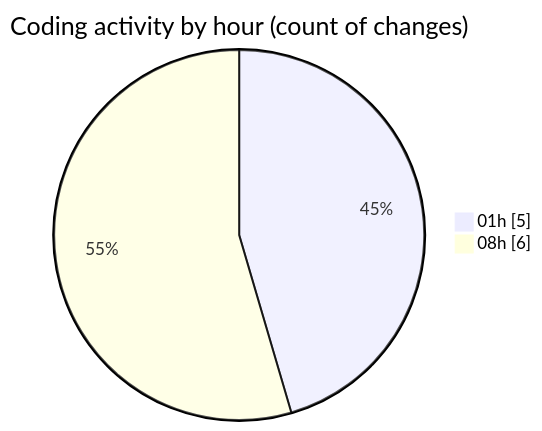
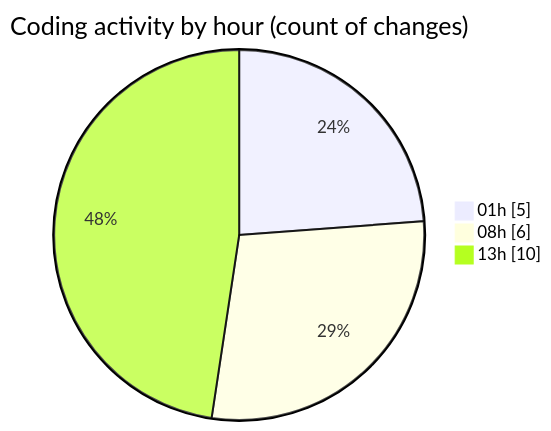
One commit to tmsrecording-cyber/code-tracking changed the second of 2 diagrams in 2026-02-04/singularitybrainai/README.md. Above: the diagram before and after it, drawn with Mermaid. The commit also changed other lines of this file and 1 other file, not shown here.

````diff
--- a/2026-02-04/singularitybrainai/README.md
+++ b/2026-02-04/singularitybrainai/README.md
@@ -30,6 +32,7 @@
 ```mermaid
 pie showData
 title Coding activity by hour (count of changes)
 "01h" : 5
 "08h" : 6
+"13h" : 10
 ```
````
